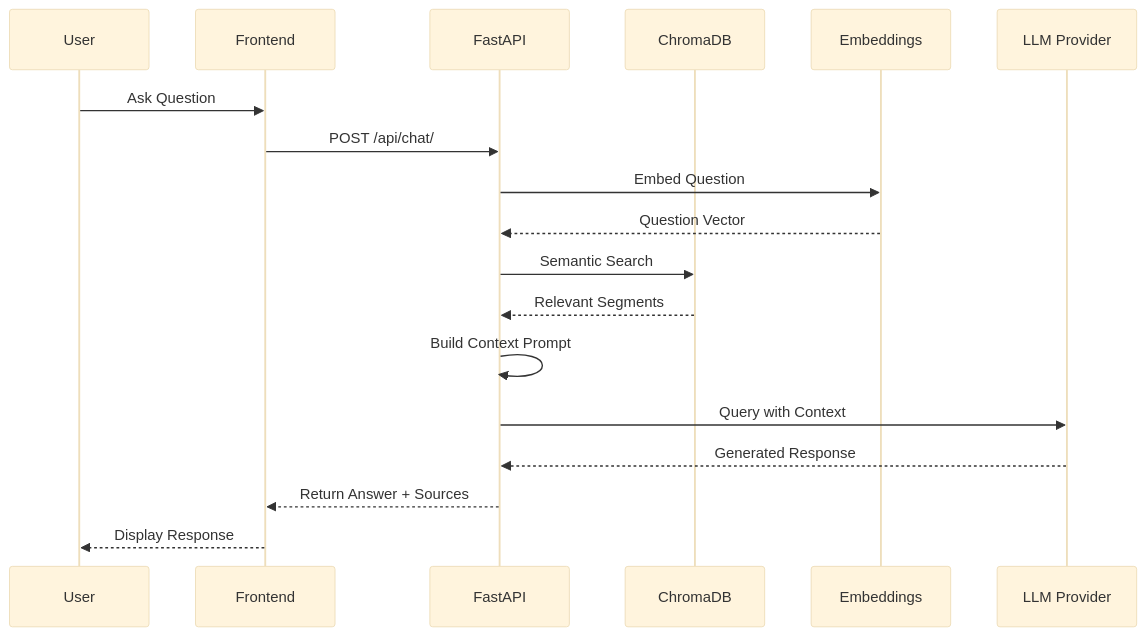
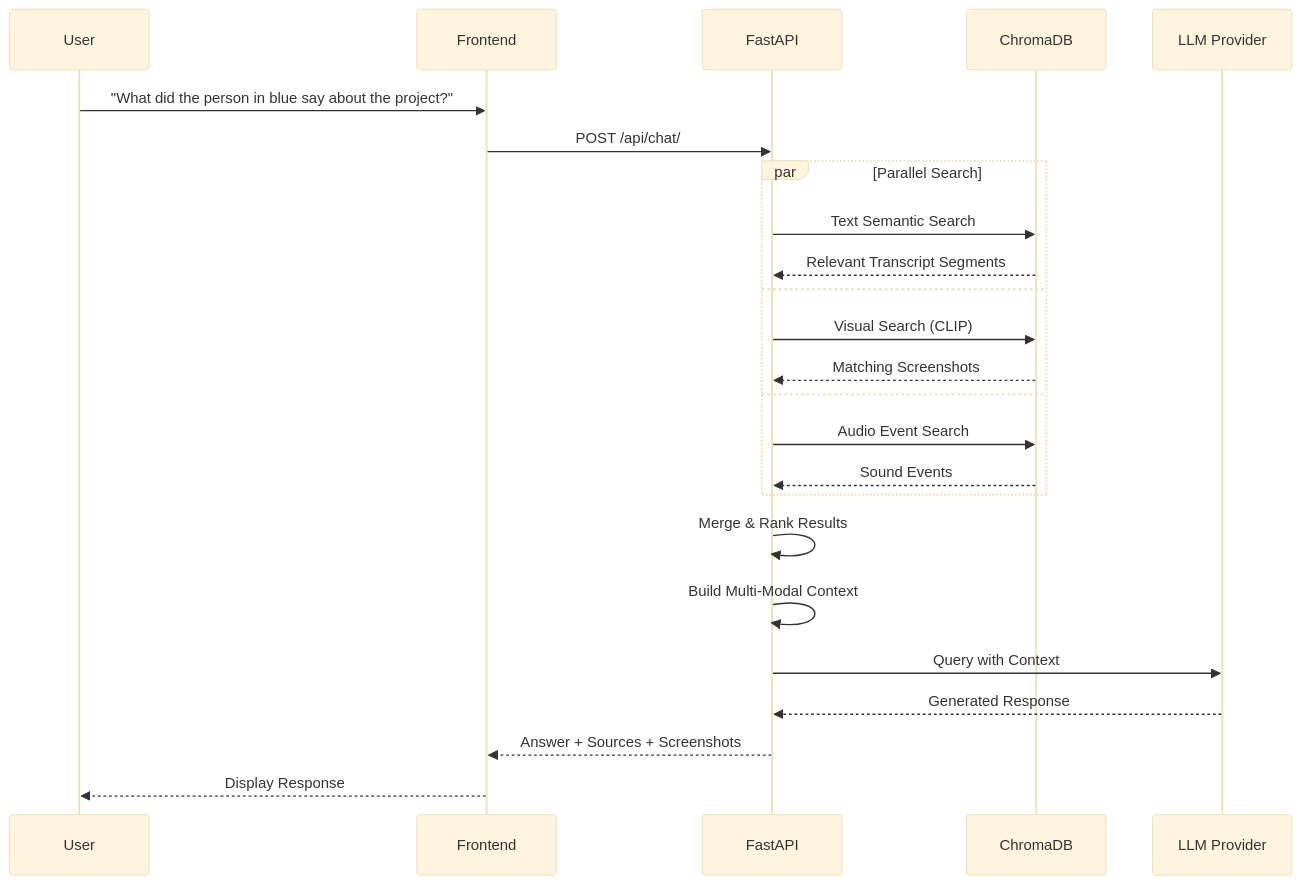
Before and after one commit to Ugur22/ai-subtitles: the third of 4 diagrams in README.md, drawn with Mermaid (base theme). The commit also changed other lines of this file and 5 other files, not shown here.

````diff
--- a/README.md
+++ b/README.md
@@ -141,25 +195,30 @@
 ```mermaid
 sequenceDiagram
     participant U as User
     participant FE as Frontend
     participant API as FastAPI
     participant VDB as ChromaDB
-    participant EMB as Embeddings
     participant LLM as LLM Provider
 
-    U->>FE: Ask Question
+    U->>FE: "What did the person in blue say about the project?"
     FE->>API: POST /api/chat/
 
-    API->>EMB: Embed Question
-    EMB-->>API: Question Vector
+    par Parallel Search
+        API->>VDB: Text Semantic Search
+        VDB-->>API: Relevant Transcript Segments
+    and
+        API->>VDB: Visual Search (CLIP)
+        VDB-->>API: Matching Screenshots
+    and
+        API->>VDB: Audio Event Search
+        VDB-->>API: Sound Events
+    end
 
-    API->>VDB: Semantic Search
-    VDB-->>API: Relevant Segments
-
-    API->>API: Build Context Prompt
+    API->>API: Merge & Rank Results
+    API->>API: Build Multi-Modal Context
     API->>LLM: Query with Context
     LLM-->>API: Generated Response
 
-    API-->>FE: Return Answer + Sources
+    API-->>FE: Answer + Sources + Screenshots
     FE-->>U: Display Response
 ```
````
